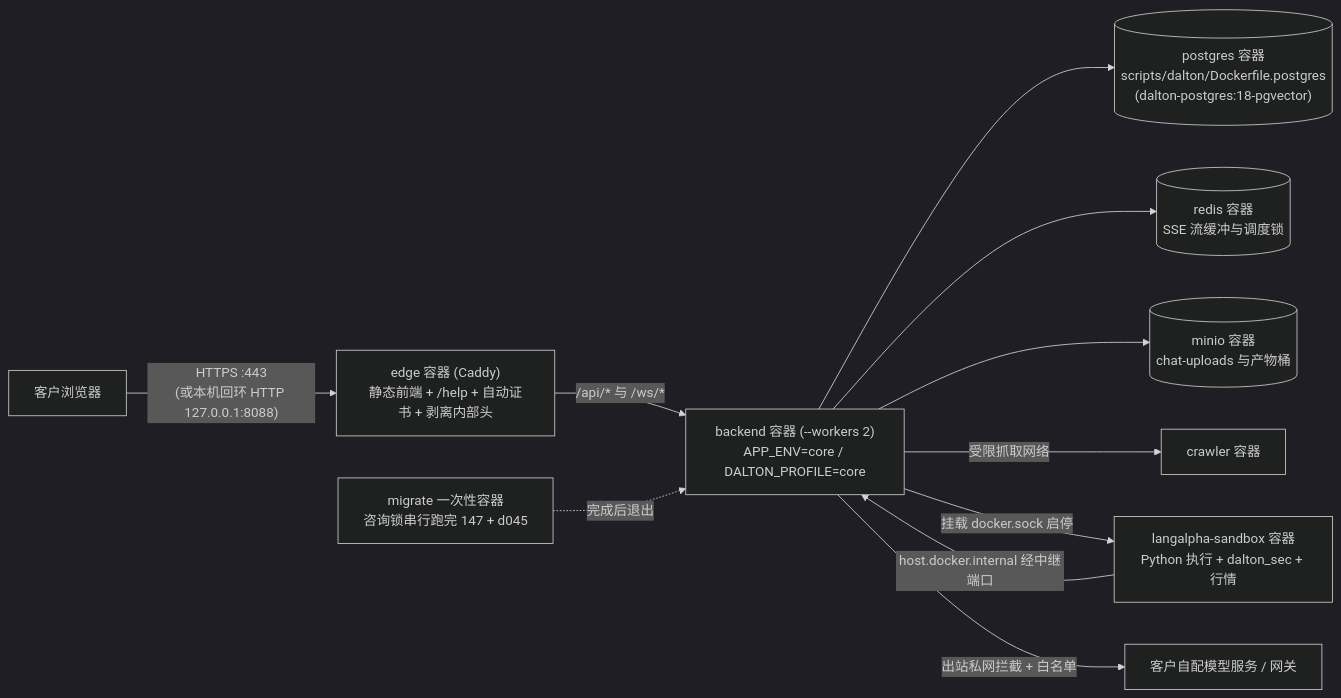
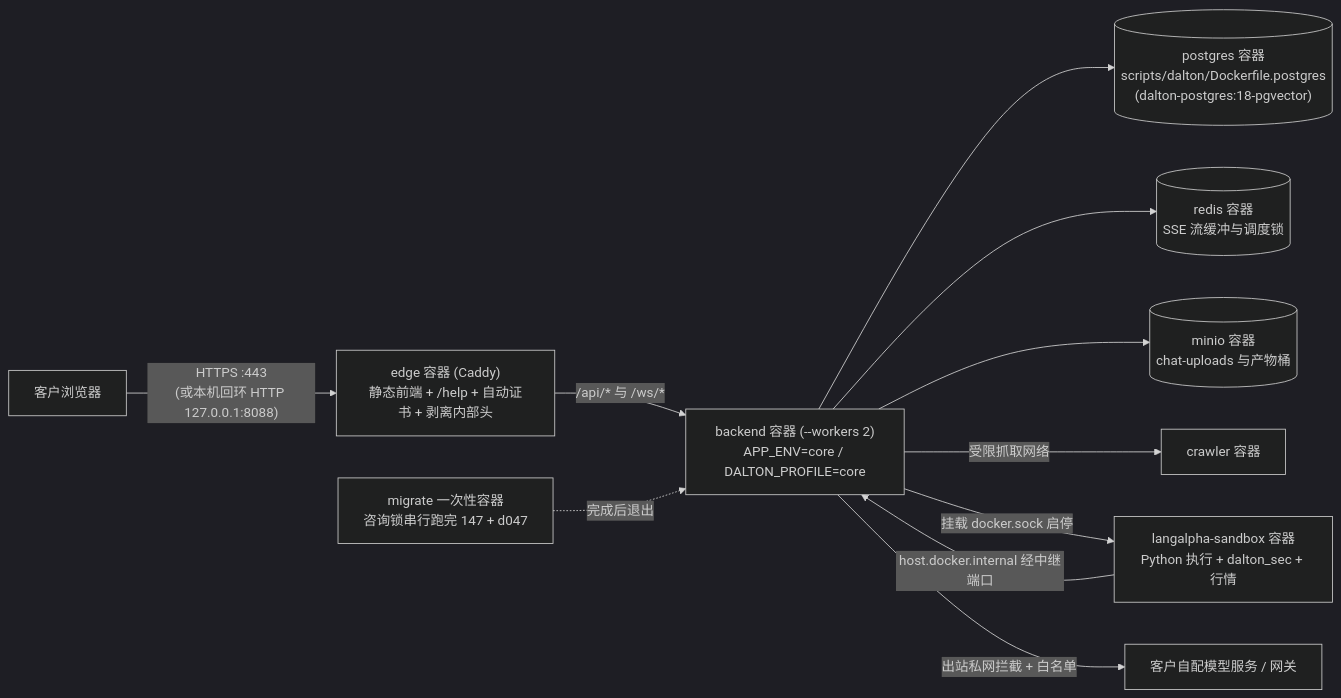
Before and after one commit to everflowinv/dalton-langalpha: the first of 3 diagrams in docs/dalton/features/standalone-core.md, drawn with Mermaid (dark theme). The commit also changed other lines of this file, not shown here.

````diff
--- a/docs/dalton/features/standalone-core.md
+++ b/docs/dalton/features/standalone-core.md
@@ -149,13 +149,13 @@
 ```mermaid
 flowchart LR
     User["客户浏览器"] -->|"HTTPS :443<br/>(或本机回环 HTTP 127.0.0.1:8088)"| Edge["edge 容器 (Caddy)<br/>静态前端 + /help + 自动证书 + 剥离内部头"]
     Edge -->|"/api/* 与 /ws/*"| Backend["backend 容器 (--workers 2)<br/>APP_ENV=core / DALTON_PROFILE=core"]
-    Migrate["migrate 一次性容器<br/>咨询锁串行跑完 147 + d045"] -.->|"完成后退出"| Backend
+    Migrate["migrate 一次性容器<br/>咨询锁串行跑完 147 + d047"] -.->|"完成后退出"| Backend
     Backend --> PG[("postgres 容器<br/>scripts/dalton/Dockerfile.postgres<br/>(dalton-postgres:18-pgvector)")]
     Backend --> Redis[("redis 容器<br/>SSE 流缓冲与调度锁")]
     Backend --> MinIO[("minio 容器<br/>chat-uploads 与产物桶")]
     Backend -->|"受限抓取网络"| Crawler["crawler 容器"]
     Backend -->|"挂载 docker.sock 启停"| Sandbox["langalpha-sandbox 容器<br/>Python 执行 + dalton_sec + 行情"]
     Sandbox -->|"host.docker.internal 经中继端口"| Backend
     Backend -->|"出站私网拦截 + 白名单"| LLM["客户自配模型服务 / 网关"]
 ```
````
